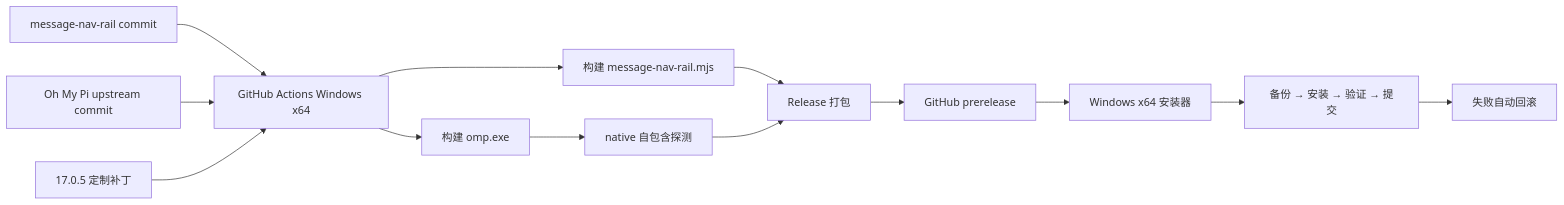
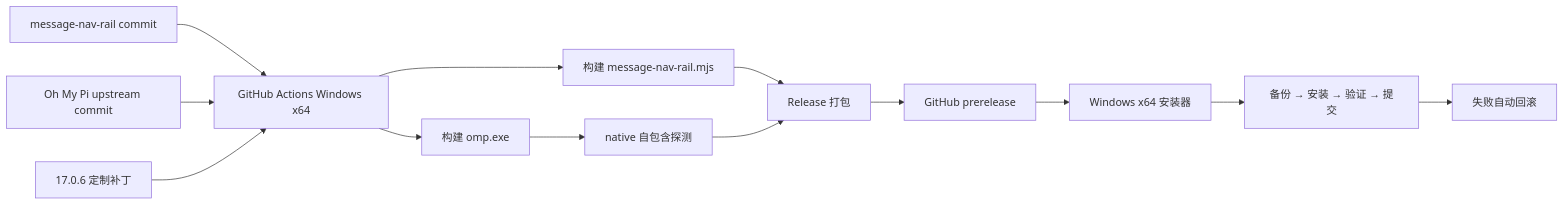
The diagram in docs/windows-x64-github-release-plan.md (Frashmeat/message-nav-rail), drawn with Mermaid before and after one commit. The commit also changed other lines of this file and 8 other files, not shown here.

````diff
--- a/docs/windows-x64-github-release-plan.md
+++ b/docs/windows-x64-github-release-plan.md
@@ -70,15 +70,15 @@
 ```mermaid
 flowchart LR
     A["message-nav-rail commit"] --> C["GitHub Actions Windows x64"]
     B["Oh My Pi upstream commit"] --> C
-    P["17.0.5 定制补丁"] --> C
+    P["17.0.6 定制补丁"] --> C
     C --> D["构建 omp.exe"]
     C --> E["构建 message-nav-rail.mjs"]
     D --> F["native 自包含探测"]
     E --> G["Release 打包"]
     F --> G
     G --> H["GitHub prerelease"]
     H --> I["Windows x64 安装器"]
     I --> J["备份 → 安装 → 验证 → 提交"]
     J --> K["失败自动回滚"]
 ```
````
